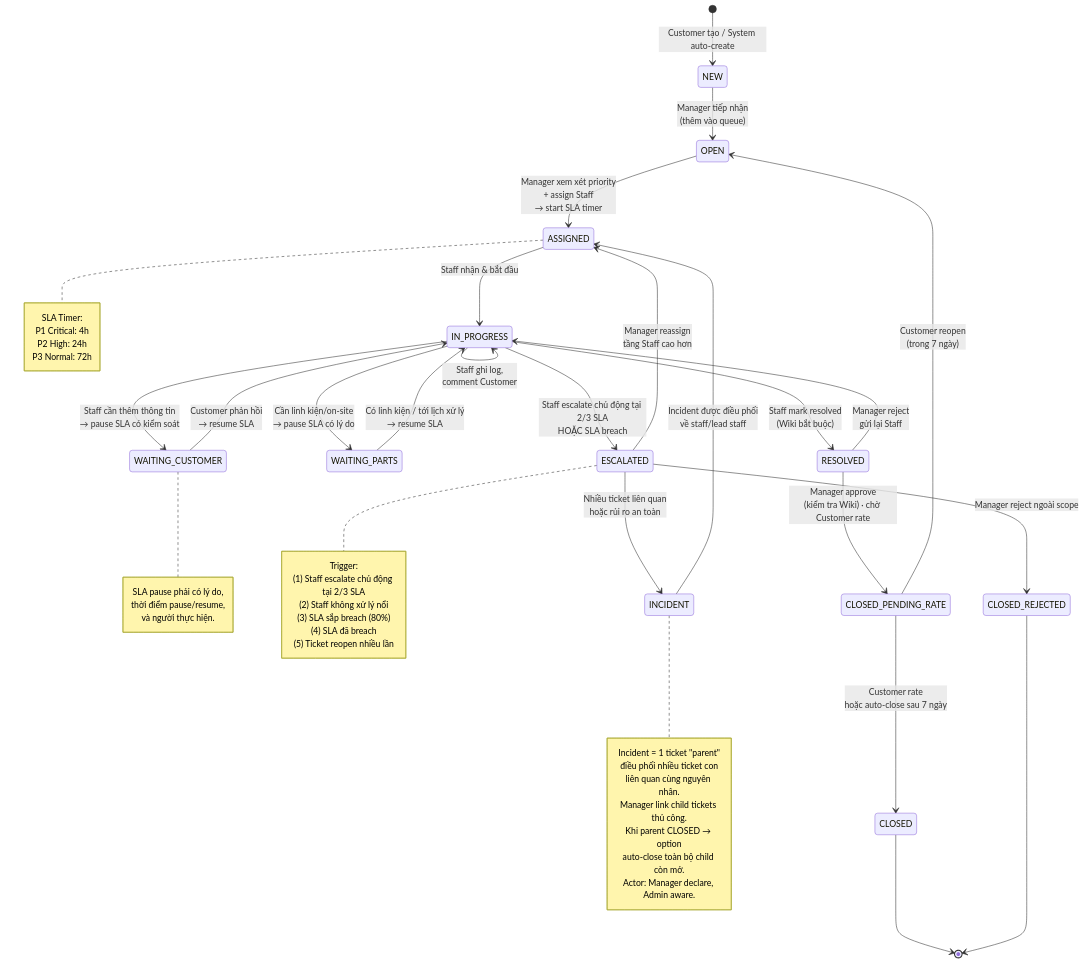
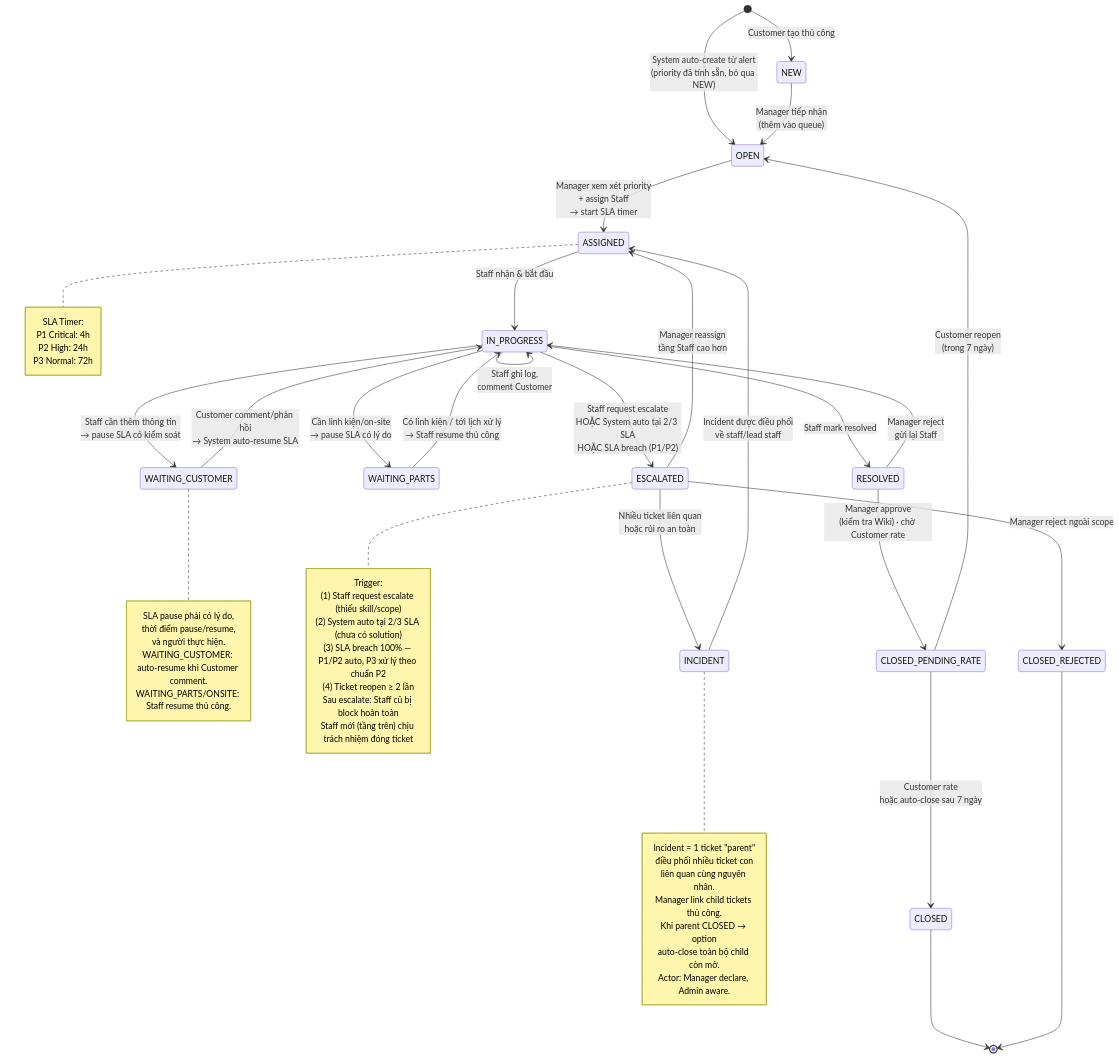
The third of 8 diagrams in .claude/docs/core-business-flow.md (GSU26SE55/ai-module), drawn with Mermaid before and after one commit. The commit also changed other lines of this file and 3 other files, not shown here.

````diff
--- a/.claude/docs/core-business-flow.md
+++ b/.claude/docs/core-business-flow.md
@@ -244,64 +244,68 @@
 ```mermaid
 stateDiagram-v2
-    [*] --> NEW : Customer tạo / System auto-create
+    [*] --> NEW : Customer tạo thủ công
+    [*] --> OPEN : System auto-create từ alert<br/>(priority đã tính sẵn, bỏ qua NEW)
 
     NEW --> OPEN : Manager tiếp nhận<br/>(thêm vào queue)
     OPEN --> ASSIGNED : Manager xem xét priority<br/>+ assign Staff<br/>→ start SLA timer
 
     ASSIGNED --> IN_PROGRESS : Staff nhận & bắt đầu
     IN_PROGRESS --> IN_PROGRESS : Staff ghi log,<br/>comment Customer
 
     IN_PROGRESS --> WAITING_CUSTOMER : Staff cần thêm thông tin<br/>→ pause SLA có kiểm soát
-    WAITING_CUSTOMER --> IN_PROGRESS : Customer phản hồi<br/>→ resume SLA
+    WAITING_CUSTOMER --> IN_PROGRESS : Customer comment/phản hồi<br/>→ System auto-resume SLA
     IN_PROGRESS --> WAITING_PARTS : Cần linh kiện/on-site<br/>→ pause SLA có lý do
-    WAITING_PARTS --> IN_PROGRESS : Có linh kiện / tới lịch xử lý<br/>→ resume SLA
+    WAITING_PARTS --> IN_PROGRESS : Có linh kiện / tới lịch xử lý<br/>→ Staff resume thủ công
 
-    IN_PROGRESS --> RESOLVED : Staff mark resolved<br/>(Wiki bắt buộc)
-    IN_PROGRESS --> ESCALATED : Staff escalate chủ động tại 2/3 SLA<br/>HOẶC SLA breach
+    IN_PROGRESS --> RESOLVED : Staff mark resolved
+    IN_PROGRESS --> ESCALATED : Staff request escalate<br/>HOẶC System auto tại 2/3 SLA<br/>HOẶC SLA breach (P1/P2)
 
     ESCALATED --> ASSIGNED : Manager reassign<br/>tầng Staff cao hơn
     ESCALATED --> INCIDENT : Nhiều ticket liên quan<br/>hoặc rủi ro an toàn
     ESCALATED --> CLOSED_REJECTED : Manager reject ngoài scope
 
     INCIDENT --> ASSIGNED : Incident được điều phối<br/>về staff/lead staff
 
     RESOLVED --> CLOSED_PENDING_RATE : Manager approve<br/>(kiểm tra Wiki) · chờ Customer rate
     CLOSED_PENDING_RATE --> CLOSED : Customer rate<br/>hoặc auto-close sau 7 ngày
     RESOLVED --> IN_PROGRESS : Manager reject<br/>gửi lại Staff
     CLOSED_PENDING_RATE --> OPEN : Customer reopen<br/>(trong 7 ngày)
 
     CLOSED --> [*]
     CLOSED_REJECTED --> [*]
 
     note right of ASSIGNED
         SLA Timer:
         P1 Critical: 4h
         P2 High: 24h
         P3 Normal: 72h
     end note
 
     note right of WAITING_CUSTOMER
         SLA pause phải có lý do,
         thời điểm pause/resume,
         và người thực hiện.
+        WAITING_CUSTOMER: auto-resume khi Customer comment.
+        WAITING_PARTS/ONSITE: Staff resume thủ công.
     end note
 
     note right of ESCALATED
         Trigger:
-        (1) Staff escalate chủ động tại 2/3 SLA
-        (2) Staff không xử lý nổi
-        (3) SLA sắp breach (80%)
-        (4) SLA đã breach
-        (5) Ticket reopen nhiều lần
+        (1) Staff request escalate (thiếu skill/scope)
+        (2) System auto tại 2/3 SLA (chưa có solution)
+        (3) SLA breach 100% — P1/P2 auto, P3 xử lý theo chuẩn P2
+        (4) Ticket reopen ≥ 2 lần
+        Sau escalate: Staff cũ bị block hoàn toàn
+        Staff mới (tầng trên) chịu trách nhiệm đóng ticket
     end note
 
     note right of INCIDENT
         Incident = 1 ticket "parent"
         điều phối nhiều ticket con
         liên quan cùng nguyên nhân.
         Manager link child tickets thủ công.
         Khi parent CLOSED → option
         auto-close toàn bộ child còn mở.
         Actor: Manager declare, Admin aware.
     end note
 ```
````
